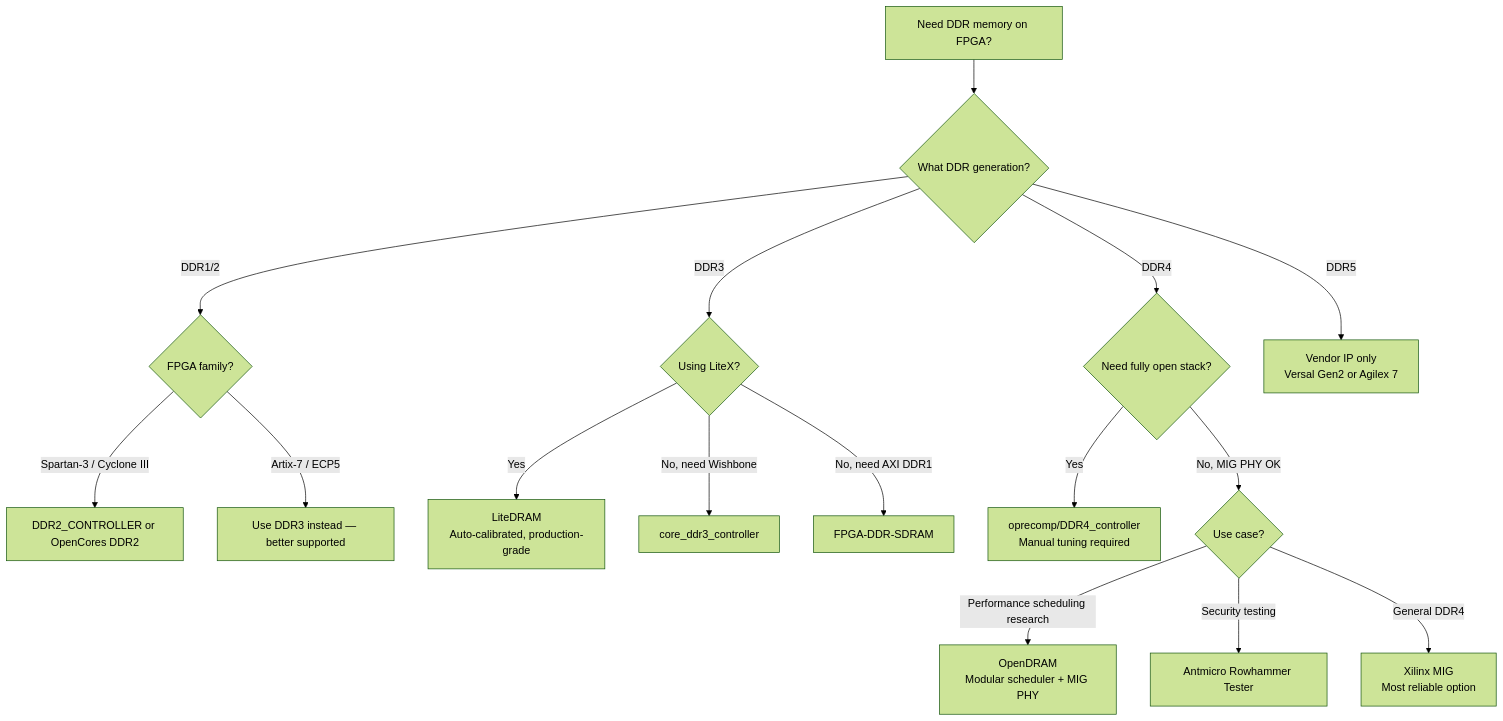
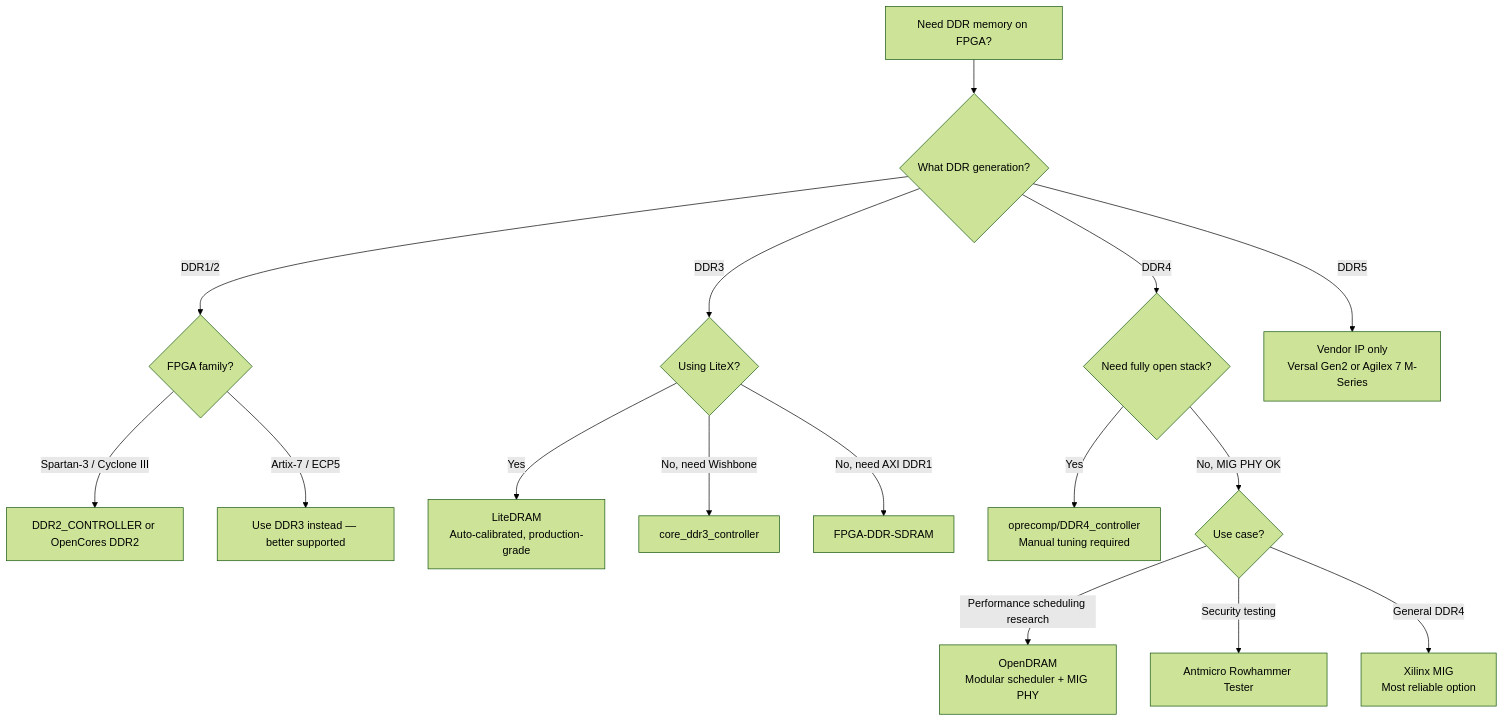
The second of 2 diagrams in 12_open_source_open_hardware/memory_controllers/ddr_controllers.md (alfishe/fpga-bootcamp), drawn with Mermaid (forest theme) before and after one commit. The commit also changed other lines of this file and 24 other files, not shown here.

````diff
--- a/12_open_source_open_hardware/memory_controllers/ddr_controllers.md
+++ b/12_open_source_open_hardware/memory_controllers/ddr_controllers.md
@@ -322,18 +393,18 @@
 ```mermaid
 flowchart TD
     A["Need DDR memory on FPGA?"] --> B{"What DDR generation?"}
     B -->|"DDR1/2"| C{"FPGA family?"}
     B -->|"DDR3"| D{"Using LiteX?"}
     B -->|"DDR4"| E{"Need fully open stack?"}
-    B -->|"DDR5"| F["Vendor IP only<br/>Versal Gen2 or Agilex 7"]
+    B -->|"DDR5"| F["Vendor IP only<br/>Versal Gen2 or Agilex 7 M-Series"]
     C -->|"Spartan-3 / Cyclone III"| G["DDR2_CONTROLLER or OpenCores DDR2"]
     C -->|"Artix-7 / ECP5"| H["Use DDR3 instead — better supported"]
     D -->|"Yes"| I["LiteDRAM<br/>Auto-calibrated, production-grade"]
     D -->|"No, need Wishbone"| J["core_ddr3_controller"]
     D -->|"No, need AXI DDR1"| K["FPGA-DDR-SDRAM"]
     E -->|"Yes"| L["oprecomp/DDR4_controller<br/>Manual tuning required"]
     E -->|"No, MIG PHY OK"| M{"Use case?"}
     M -->|"Performance scheduling research"| N["OpenDRAM<br/>Modular scheduler + MIG PHY"]
     M -->|"Security testing"| O["Antmicro Rowhammer Tester"]
     M -->|"General DDR4"| P["Xilinx MIG<br/>Most reliable option"]
 ```
````
